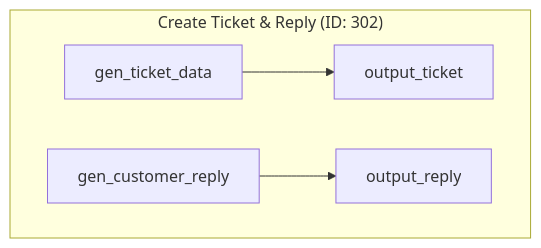
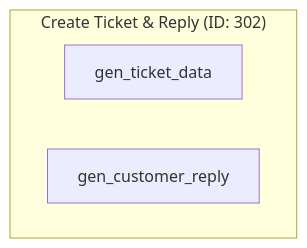
One commit to gorango/flowcraft changed the third of 3 diagrams in sandbox/4.dag/data/3.customer-review/README.md. Above: the diagram before and after it, drawn with Mermaid. The commit also changed other lines of this file and 7 other files, not shown here.

First line of the commit message:
align documentation and examples with GraphBuilder refactor

````diff
--- a/sandbox/4.dag/data/3.customer-review/README.md
+++ b/sandbox/4.dag/data/3.customer-review/README.md
@@ -63,7 +63,7 @@
 ```mermaid
 graph TD
     subgraph "Create Ticket & Reply (ID: 302)"
-        A[gen_ticket_data] --> B[output_ticket]
-        C[gen_customer_reply] --> D[output_reply]
+        A[gen_ticket_data]
+        B[gen_customer_reply]
     end
 ```
````
